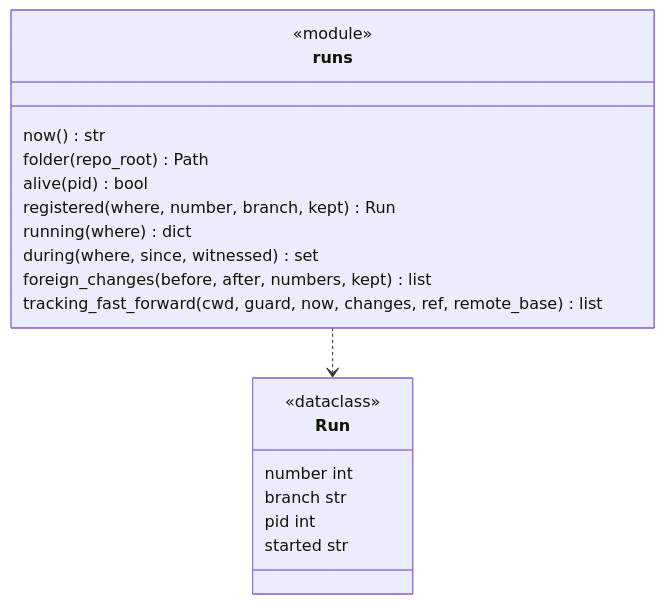
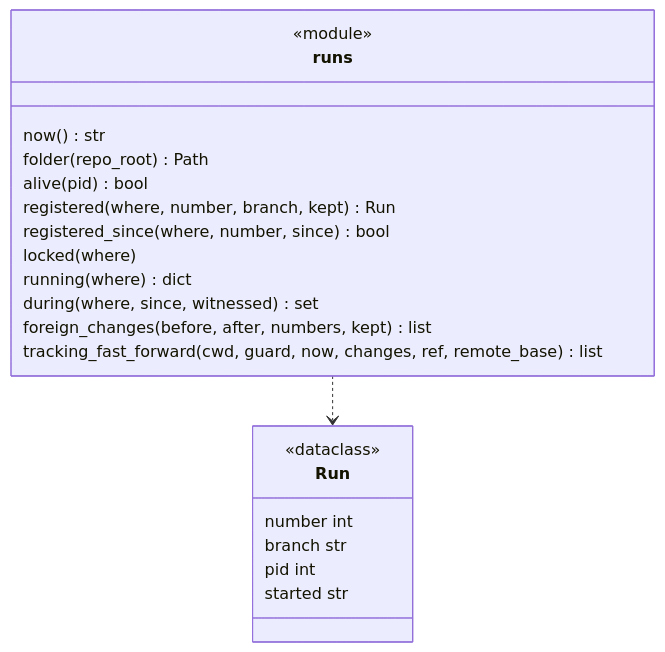
Before and after one commit to plaplanche/ariane: the second of 3 diagrams in docs/architecture/modules/runs.md, drawn with Mermaid. The commit also changed other lines of this file and 27 other files, not shown here.

````diff
--- a/docs/architecture/modules/runs.md
+++ b/docs/architecture/modules/runs.md
@@ -57,22 +62,24 @@
 ```mermaid
 classDiagram
 class Run {
   <<dataclass>>
   number int
   branch str
   pid int
   started str
 }
 class runs {
   <<module>>
   now() str
   folder(repo_root) Path
   alive(pid) bool
   registered(where, number, branch, kept) Run
+  registered_since(where, number, since) bool
+  locked(where)
   running(where) dict
   during(where, since, witnessed) set
   foreign_changes(before, after, numbers, kept) list
   tracking_fast_forward(cwd, guard, now, changes, ref, remote_base) list
 }
 runs ..> Run
 ```
````
